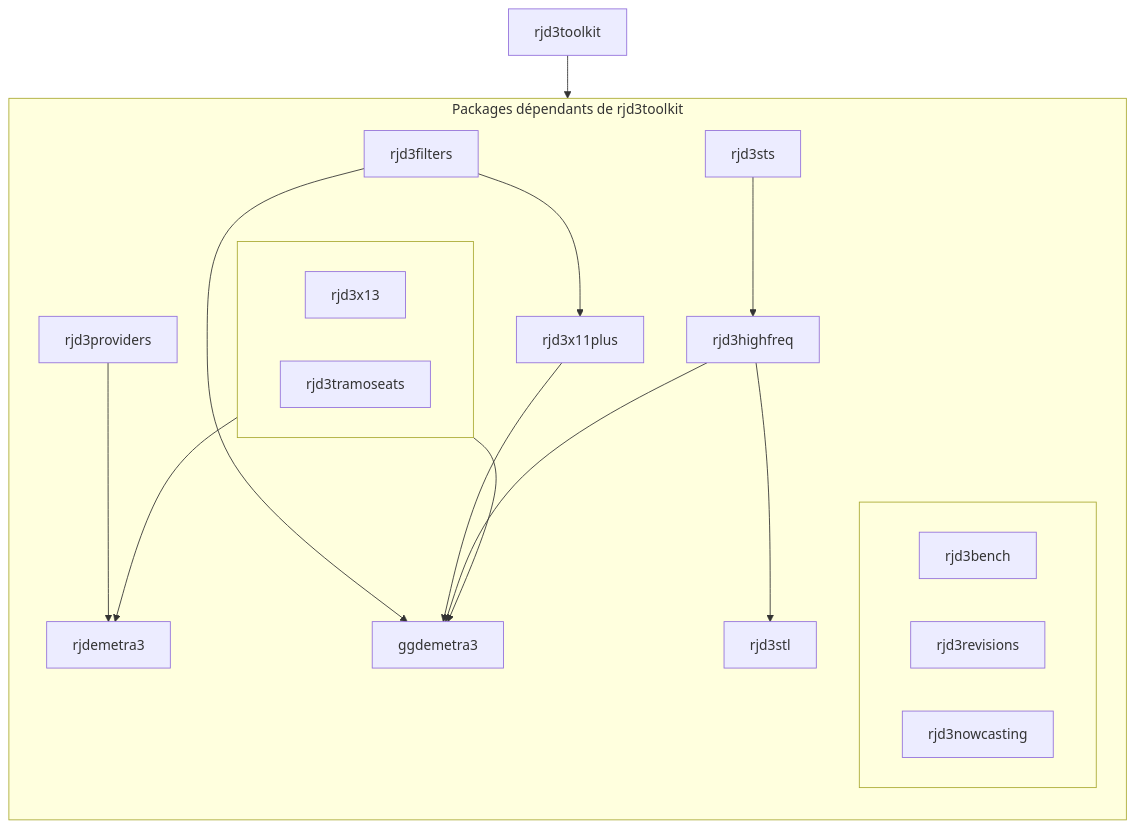
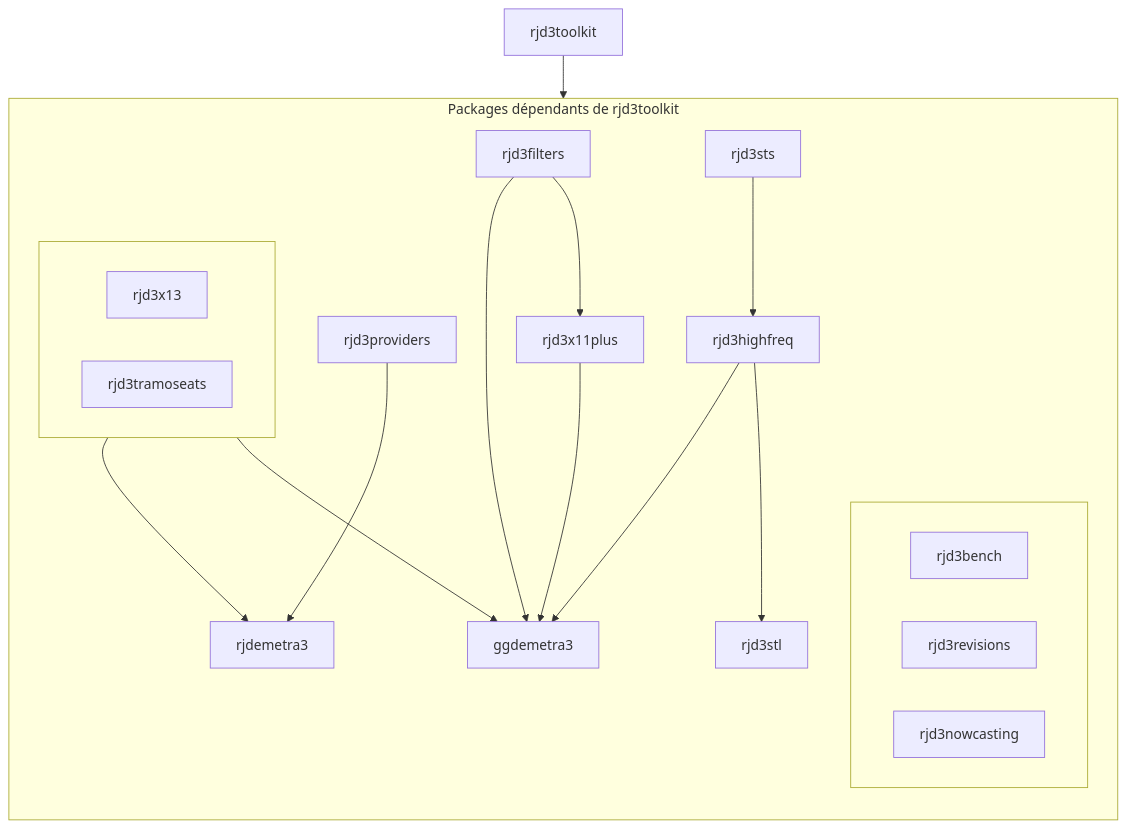
The diagram in readme.md (TanguyBarthelemy/JD-Tutorials), drawn with Mermaid before and after one commit.

````diff
--- a/readme.md
+++ b/readme.md
@@ -24,47 +24,48 @@
 ```mermaid
 flowchart TB
-  subgraph rjd3toolkit_depends ["Packages dépendants de rjd3toolkit"]
-  direction TB
-  
-    subgraph rjd3_other[" "]
-      rjd3bench
-      rjd3revisions
-      rjd3nowcasting
+    subgraph rjd3toolkit_depends ["Packages dépendants de rjd3toolkit"]
+        direction TB
+
+
+        subgraph rjd3_other[" "]
+            rjd3bench
+            rjd3revisions
+            rjd3nowcasting
+        end
+        
+        subgraph rjd3x13_tramo[" "]
+            rjd3x13
+            rjd3tramoseats
+        end
+
+        rjd3providers --> rjdemetra3
+        rjd3x13_tramo --> rjdemetra3
+
+        rjd3x13_tramo --> ggdemetra3
+        rjd3highfreq --> ggdemetra3
+        rjd3x11plus --> ggdemetra3
+        rjd3filters --> ggdemetra3
+        
+        rjd3filters --> rjd3x11plus
+        rjd3sts --> rjd3highfreq
+        rjd3highfreq --> rjd3stl
+
     end
 
-    subgraph rjd3x13_tramo[" "]
-      rjd3x13
-      rjd3tramoseats
-    end
-
-    rjd3providers --> rjdemetra3
-    rjd3x13_tramo --> rjdemetra3
-    rjd3x13_tramo --> ggdemetra3
-
-    rjd3sts --> rjd3highfreq
-    rjd3filters --> rjd3x11plus
-    rjd3filters --> ggdemetra3
-    rjd3x11plus --> ggdemetra3
-    rjd3highfreq --> ggdemetra3
-    rjd3highfreq --> rjd3stl
-
-
-  end
-
-  rjd3toolkit --> rjd3toolkit_depends
+    rjd3toolkit --> rjd3toolkit_depends
 
   click rjd3toolkit "https://github.com/rjdemetra/rjd3toolkit" _blank
   click rjd3nowcasting "https://github.com/rjdemetra/rjd3nowcasting" _blank
   click rjd3stl "https://github.com/rjdemetra/rjd3stl" _blank
   click rjd3highfreq "https://github.com/rjdemetra/rjd3highfreq" _blank
   click rjd3sts "https://github.com/rjdemetra/rjd3sts" _blank
   click rjd3x11plus "https://github.com/rjdemetra/rjd3x11plus" _blank
   click rjd3filters "https://github.com/rjdemetra/rjd3filters" _blank
   click rjd3providers "https://github.com/rjdemetra/rjd3providers" _blank
   click rjdemetra3 "https://github.com/rjdemetra/rjdemetra3" _blank
   click rjd3x13 "https://github.com/rjdemetra/rjd3x13" _blank
   click rjd3tramoseats "https://github.com/rjdemetra/rjd3tramoseats" _blank
   click rjd3bench "https://github.com/rjdemetra/rjd3bench" _blank
   click rjd3revisions "https://github.com/rjdemetra/rjd3revisions" _blank
   click ggdemetra3 "https://github.com/AQLT/ggdemetra3" _blank
 ```
````
